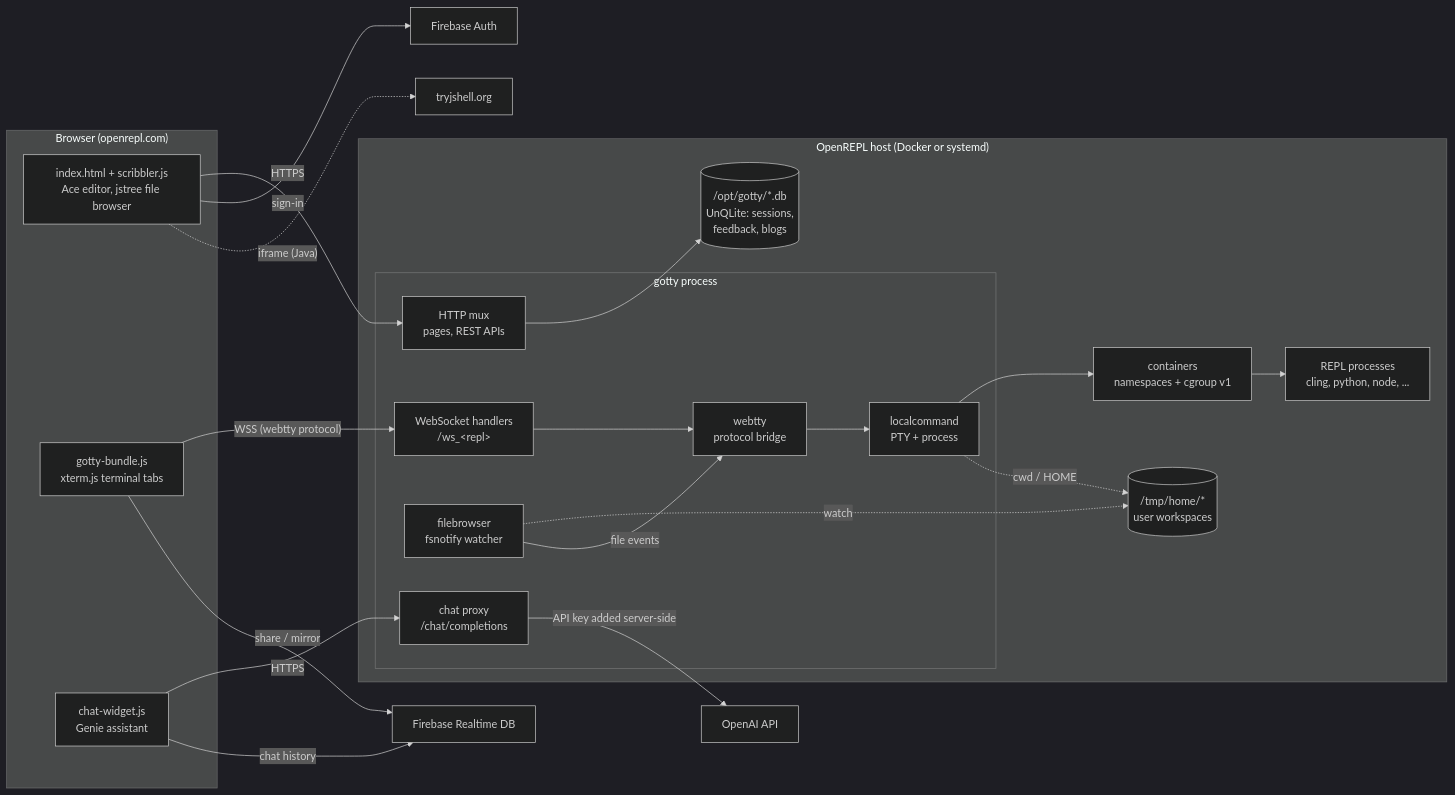
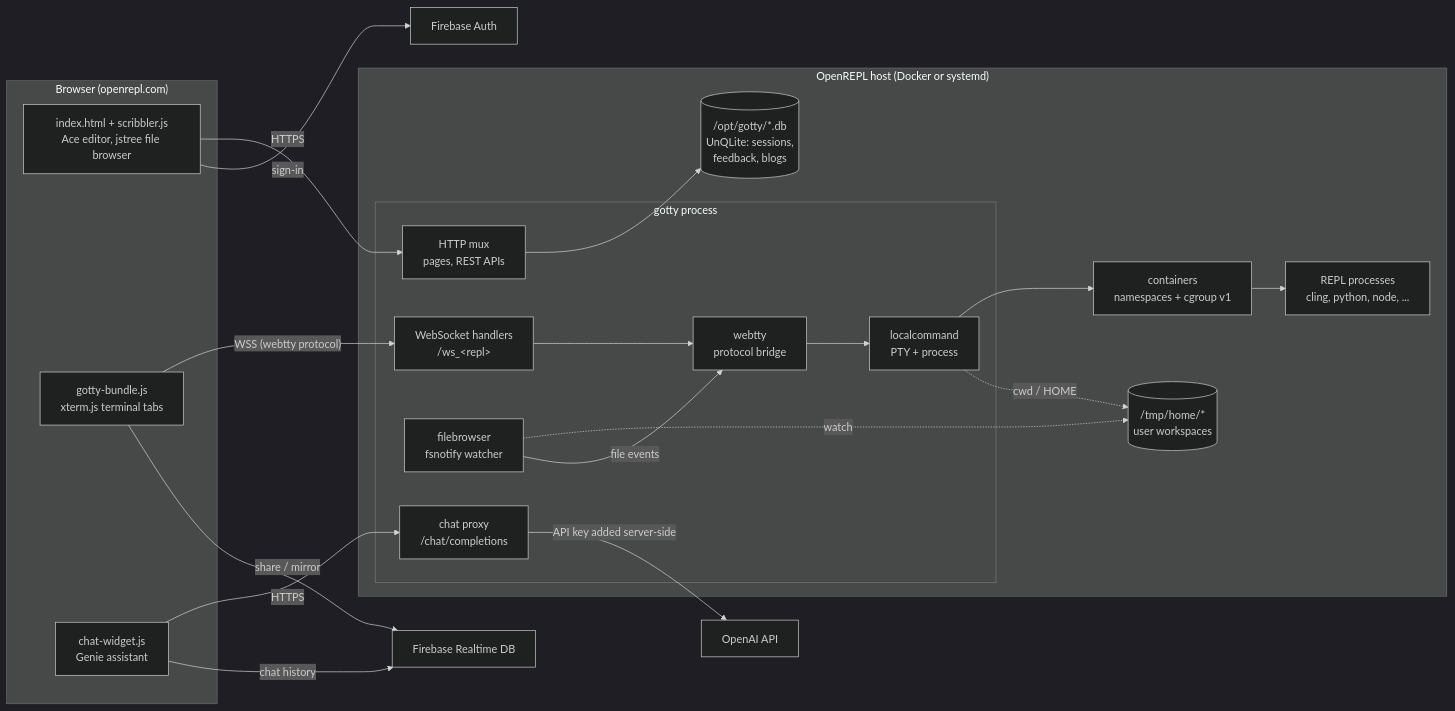
The first of 2 diagrams in README.md (vickeykumar/openrepl), drawn with Mermaid (dark theme) before and after one commit. The commit also changed other lines of this file and 12 other files, not shown here.

Commit message:
Java: run a tuned single-JVM jshell as the REPL instead of the tryjshell.org iframe

````diff
--- a/README.md
+++ b/README.md
@@ -435,41 +434,39 @@
 ```mermaid
 flowchart LR
     subgraph Browser["Browser (openrepl.com)"]
         UI["index.html + scribbler.js<br/>Ace editor, jstree file browser"]
         TERM["gotty-bundle.js<br/>xterm.js terminal tabs"]
         CHAT["chat-widget.js<br/>Genie assistant"]
     end
 
     subgraph Host["OpenREPL host (Docker or systemd)"]
         subgraph GOTTY["gotty process"]
             HTTP["HTTP mux<br/>pages, REST APIs"]
             WS["WebSocket handlers<br/>/ws_&lt;repl&gt;"]
             WT["webtty<br/>protocol bridge"]
             LC["localcommand<br/>PTY + process"]
             FB["filebrowser<br/>fsnotify watcher"]
             CP["chat proxy<br/>/chat/completions"]
         end
         CG["containers<br/>namespaces + cgroup v1"]
         REPL["REPL processes<br/>cling, python, node, ..."]
         FS[("/tmp/home/*<br/>user workspaces")]
         DB[("/opt/gotty/*.db<br/>UnQLite: sessions,<br/>feedback, blogs")]
     end
 
     FAUTH["Firebase Auth"]
     FRTDB["Firebase Realtime DB"]
     OAI["OpenAI API"]
-    JSH["tryjshell.org"]
 
     UI -- "HTTPS" --> HTTP
     TERM -- "WSS (webtty protocol)" --> WS
     WS --> WT --> LC --> CG --> REPL
     LC -. "cwd / HOME" .-> FS
     FB -. "watch" .-> FS
     FB -- "file events" --> WT
     HTTP --> DB
     CHAT -- "HTTPS" --> CP -- "API key added server-side" --> OAI
     UI -- "sign-in" --> FAUTH
     TERM -- "share / mirror" --> FRTDB
     CHAT -- "chat history" --> FRTDB
-    UI -. "iframe (Java)" .-> JSH
 ```
````
